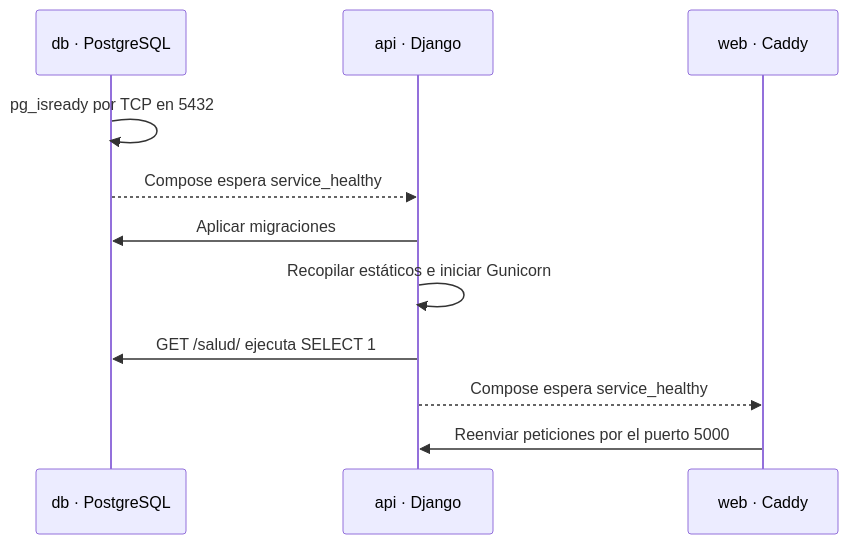
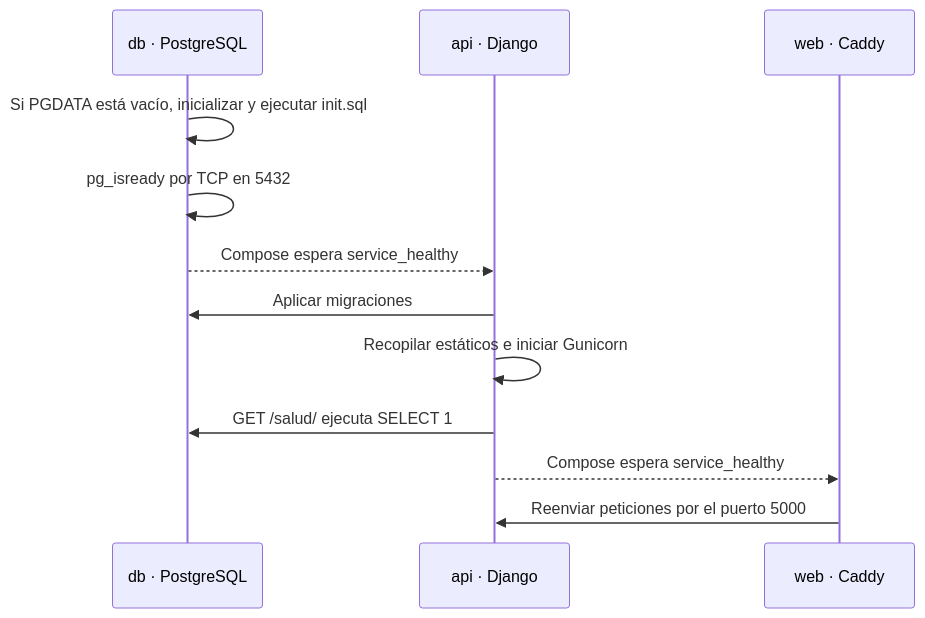
The second of 2 diagrams in Implementacion_realizadas.md (meledpeca93/ProyectoFinal_ADC_G3), drawn with Mermaid before and after one commit. The commit also changed other lines of this file and 21 other files, not shown here.

````diff
--- a/Implementacion_realizadas.md
+++ b/Implementacion_realizadas.md
@@ -31,13 +33,14 @@
 ```mermaid
 sequenceDiagram
     participant DB as db · PostgreSQL
     participant API as api · Django
     participant WEB as web · Caddy
+    DB->>DB: Si PGDATA está vacío, inicializar y ejecutar init.sql
     DB->>DB: pg_isready por TCP en 5432
     DB-->>API: Compose espera service_healthy
     API->>DB: Aplicar migraciones
     API->>API: Recopilar estáticos e iniciar Gunicorn
     API->>DB: GET /salud/ ejecuta SELECT 1
     API-->>WEB: Compose espera service_healthy
     WEB->>API: Reenviar peticiones por el puerto 5000
 ```
````
